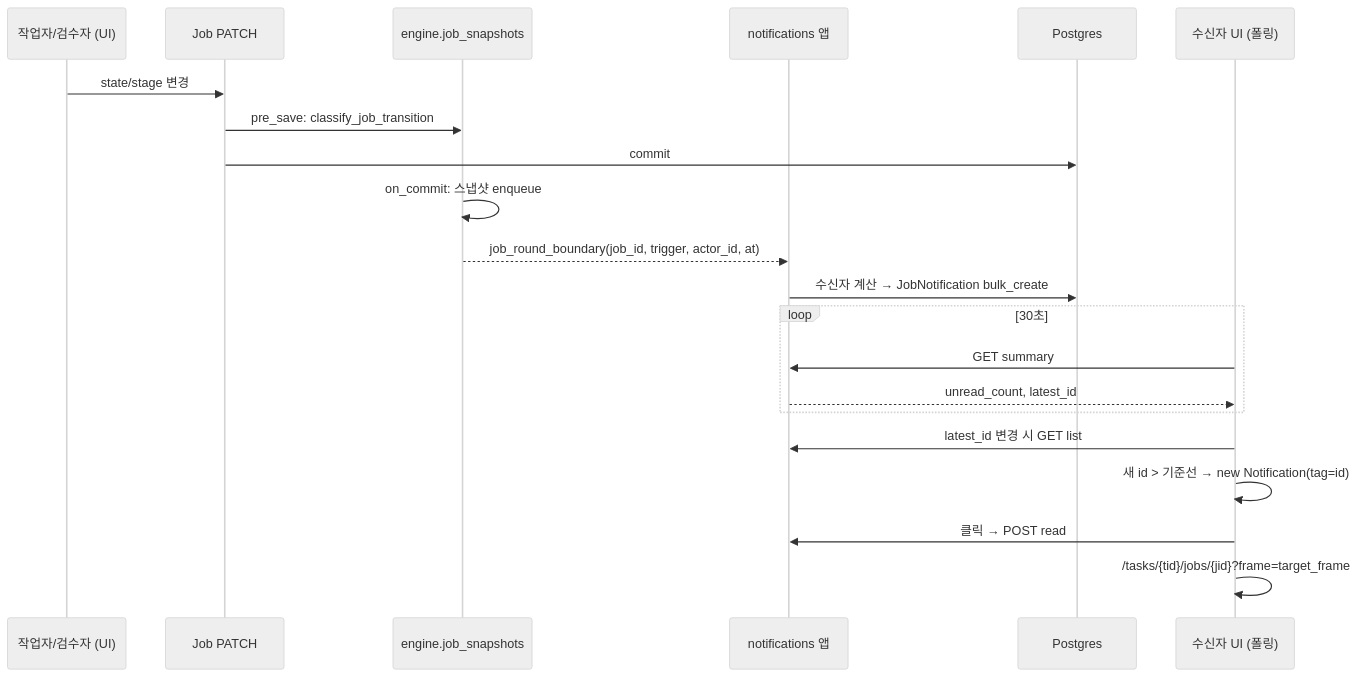
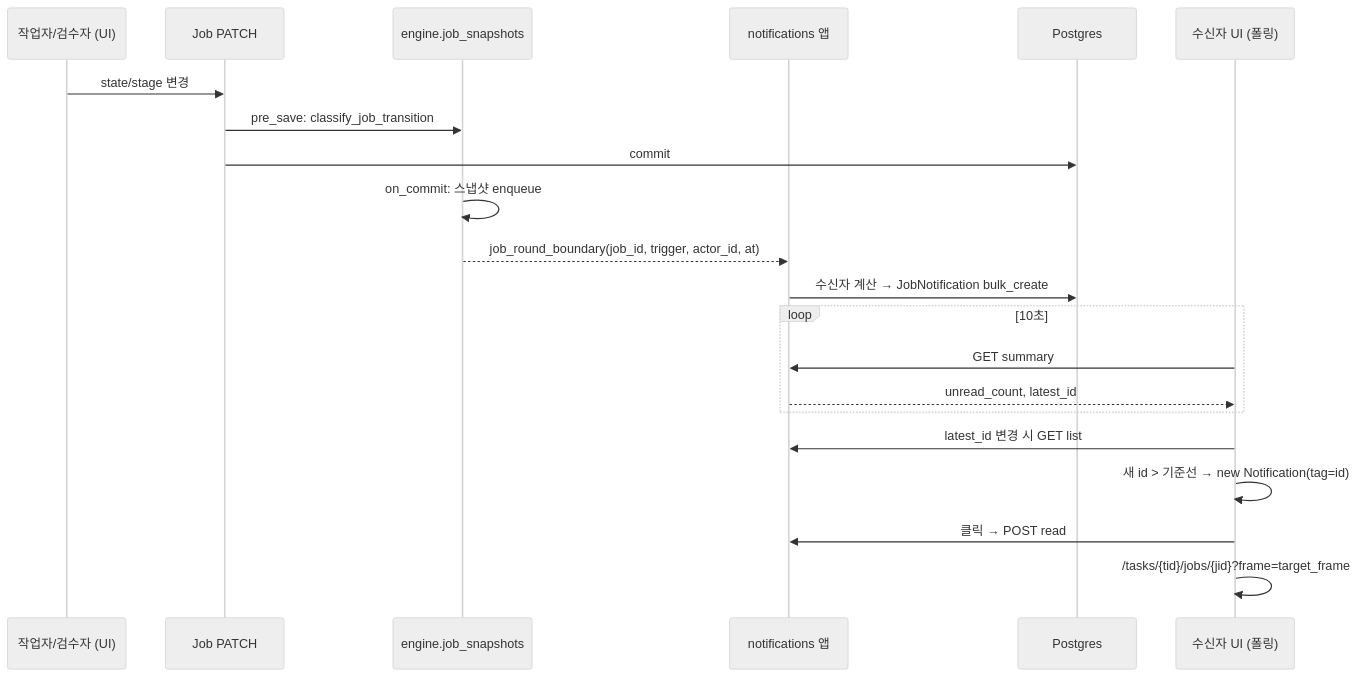
One commit to everex-ai/mlops-imagelab changed the diagram in docs/plans/2026-10-28-123-feat-job-notifications-plan.md. Above: the diagram before and after it, drawn with Mermaid (neutral theme). The commit also changed other lines of this file and 1 other file, not shown here.

````diff
--- a/docs/plans/2026-10-28-123-feat-job-notifications-plan.md
+++ b/docs/plans/2026-10-28-123-feat-job-notifications-plan.md
@@ -68,24 +68,24 @@
 ```mermaid
 sequenceDiagram
   participant U as 작업자/검수자 (UI)
   participant API as Job PATCH
   participant ENG as engine.job_snapshots
   participant N as notifications 앱
   participant DB as Postgres
   participant UI as 수신자 UI (폴링)
 
   U->>API: state/stage 변경
   API->>ENG: pre_save: classify_job_transition
   API->>DB: commit
   ENG->>ENG: on_commit: 스냅샷 enqueue
   ENG-->>N: job_round_boundary(job_id, trigger, actor_id, at)
   N->>DB: 수신자 계산 → JobNotification bulk_create
-  loop 30초
+  loop 10초
     UI->>N: GET summary
     N-->>UI: unread_count, latest_id
   end
   UI->>N: latest_id 변경 시 GET list
   UI->>UI: 새 id > 기준선 → new Notification(tag=id)
   UI->>N: 클릭 → POST read
   UI->>UI: /tasks/{tid}/jobs/{jid}?frame=target_frame
 ```
````
